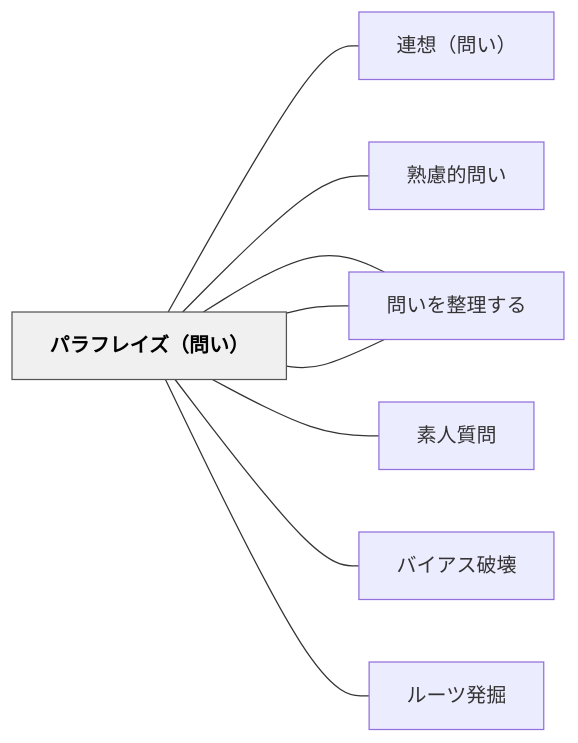
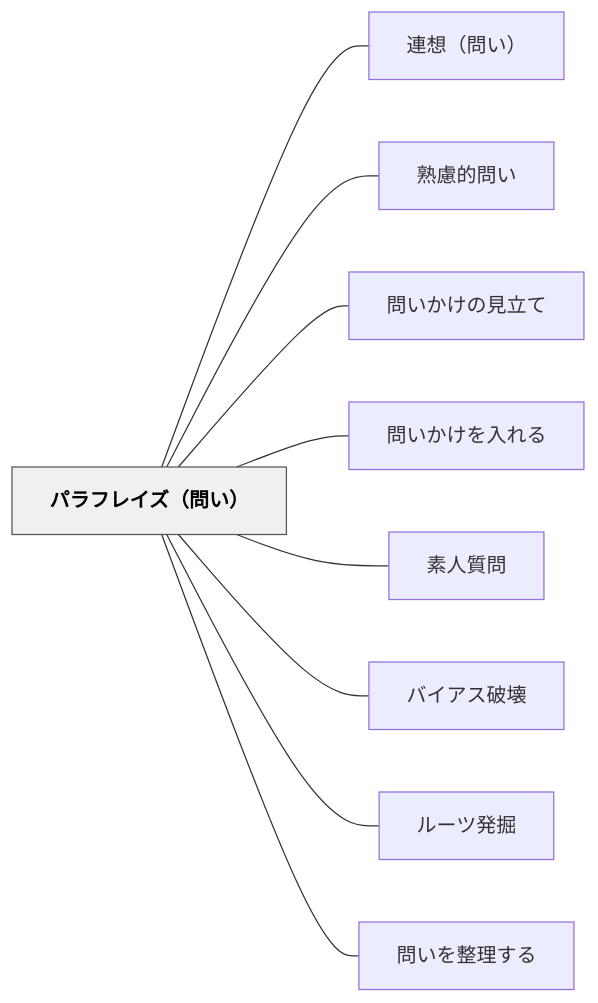
One commit to unknownthings-ed-patterns/unknownthings-ed-patterns changed the diagram in content/パタン/パラフレイズ（問い）.md. Above: the diagram before and after it, drawn with Mermaid. The commit also changed 527 other files, not shown here.

````diff
--- a/content/パタン/パラフレイズ（問い）.md
+++ b/content/パタン/パラフレイズ（問い）.md
@@ -74,24 +74,24 @@
 ```mermaid
 flowchart LR
-    ne38391e383a9["パラフレイズ（問い）"]
-    ne980a3e683b3["連想（問い）"]
-    ne7869fe685ae["熟慮的問い"]
-    ne5958fe38184["問いかけの見立て"]
-    ne5958fe38184["問いかけを入れる"]
-    ne7b4a0e4baba["素人質問"]
-    ne38390e382a4["バイアス破壊"]
-    ne383abe383bc["ルーツ発掘"]
-    ne5958fe38184["問いを整理する"]
+    ne38391e383a9e38395e383ace382a4e382baefbc88e5958fe38184efbc89["パラフレイズ（問い）"]
+    ne980a3e683b3efbc88e5958fe38184efbc89["連想（問い）"]
+    ne7869fe685aee79a84e5958fe38184["熟慮的問い"]
+    ne5958fe38184e3818be38191e381aee8a68be7ab8be381a6["問いかけの見立て"]
+    ne5958fe38184e3818be38191e38292e585a5e3828ce3828b["問いかけを入れる"]
+    ne7b4a0e4babae8b3aae5958f["素人質問"]
+    ne38390e382a4e382a2e382b9e7a0b4e5a38a["バイアス破壊"]
+    ne383abe383bce38384e799bae68e98["ルーツ発掘"]
+    ne5958fe38184e38292e695b4e79086e38199e3828b["問いを整理する"]
 
-    ne38391e383a9 --- ne980a3e683b3
-    ne38391e383a9 --- ne7869fe685ae
-    ne38391e383a9 --- ne5958fe38184
-    ne38391e383a9 --- ne5958fe38184
-    ne38391e383a9 --- ne7b4a0e4baba
-    ne38391e383a9 --- ne38390e382a4
-    ne38391e383a9 --- ne383abe383bc
-    ne38391e383a9 --- ne5958fe38184
+    ne38391e383a9e38395e383ace382a4e382baefbc88e5958fe38184efbc89 --- ne980a3e683b3efbc88e5958fe38184efbc89
+    ne38391e383a9e38395e383ace382a4e382baefbc88e5958fe38184efbc89 --- ne7869fe685aee79a84e5958fe38184
+    ne38391e383a9e38395e383ace382a4e382baefbc88e5958fe38184efbc89 --- ne5958fe38184e3818be38191e381aee8a68be7ab8be381a6
+    ne38391e383a9e38395e383ace382a4e382baefbc88e5958fe38184efbc89 --- ne5958fe38184e3818be38191e38292e585a5e3828ce3828b
+    ne38391e383a9e38395e383ace382a4e382baefbc88e5958fe38184efbc89 --- ne7b4a0e4babae8b3aae5958f
+    ne38391e383a9e38395e383ace382a4e382baefbc88e5958fe38184efbc89 --- ne38390e382a4e382a2e382b9e7a0b4e5a38a
+    ne38391e383a9e38395e383ace382a4e382baefbc88e5958fe38184efbc89 --- ne383abe383bce38384e799bae68e98
+    ne38391e383a9e38395e383ace382a4e382baefbc88e5958fe38184efbc89 --- ne5958fe38184e38292e695b4e79086e38199e3828b
 
     classDef hub fill:#f0f0f0,stroke:#555,color:#000,font-weight:bold
-    class ne38391e383a9 hub
+    class ne38391e383a9e38395e383ace382a4e382baefbc88e5958fe38184efbc89 hub
 ```
````
